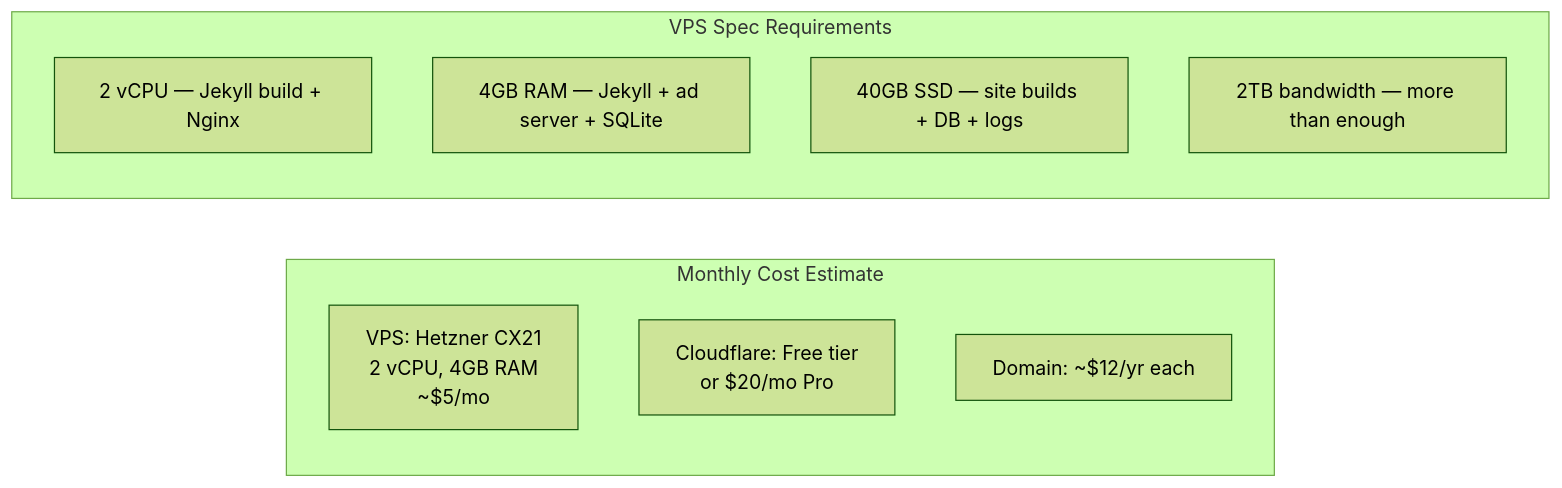
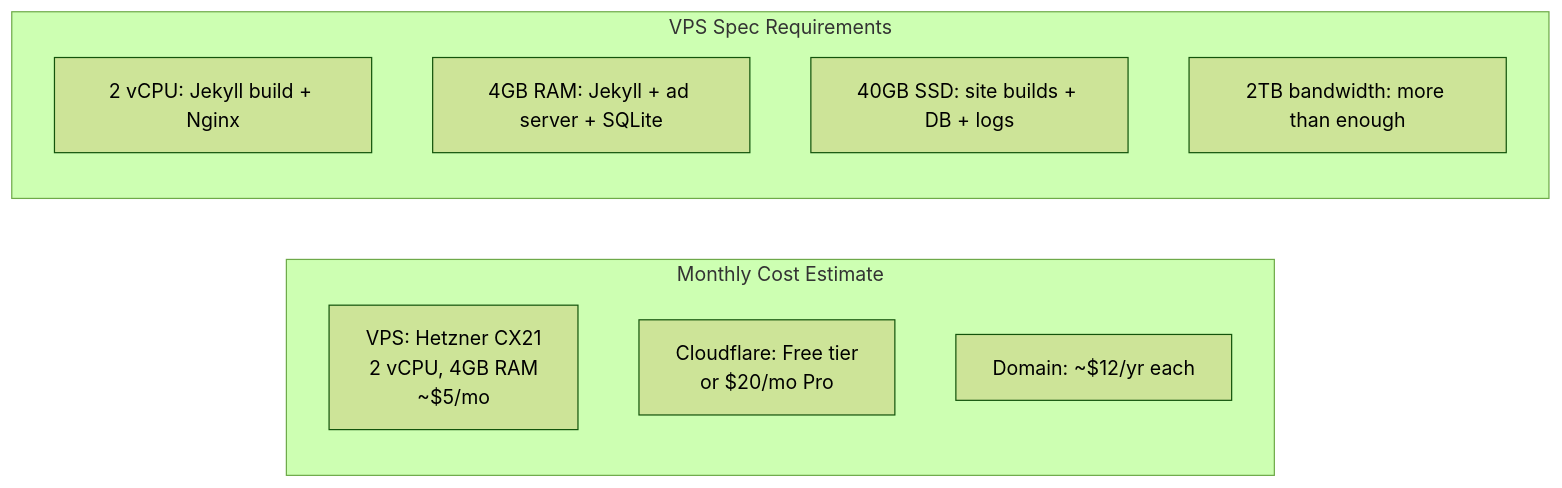
Before and after one commit to mengliang10/future: the second of 4 diagrams in enhancements/06-domain-migration.md, drawn with Mermaid (forest theme). The commit also changed other lines of this file and 348 other files, not shown here.

Commit message:
Global removal of em-dashes, homepage section reordering, and flow improvements

````diff
--- a/enhancements/06-domain-migration.md
+++ b/enhancements/06-domain-migration.md
@@ -67,15 +67,15 @@
 ```mermaid
 graph LR
     subgraph Costs["Monthly Cost Estimate"]
         VPS_COST["VPS: Hetzner CX21\n2 vCPU, 4GB RAM\n~$5/mo"]
         CF_COST["Cloudflare: Free tier\nor $20/mo Pro"]
         DOMAIN_COST["Domain: ~$12/yr each"]
     end
 
     subgraph Specs["VPS Spec Requirements"]
-        CPU[2 vCPU — Jekyll build + Nginx]
-        RAM[4GB RAM — Jekyll + ad server + SQLite]
-        DISK[40GB SSD — site builds + DB + logs]
-        BW[2TB bandwidth — more than enough]
+        CPU[2 vCPU: Jekyll build + Nginx]
+        RAM[4GB RAM: Jekyll + ad server + SQLite]
+        DISK[40GB SSD: site builds + DB + logs]
+        BW[2TB bandwidth: more than enough]
     end
 ```
````
